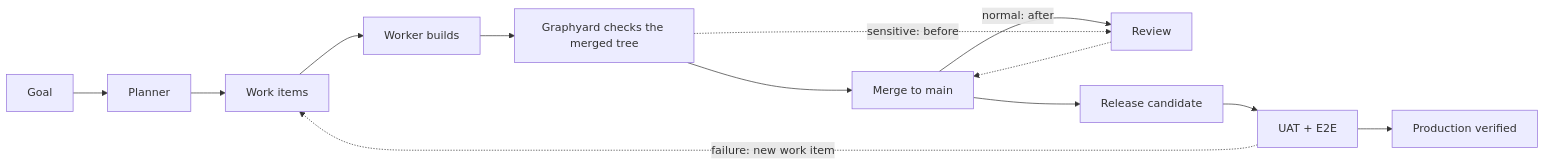
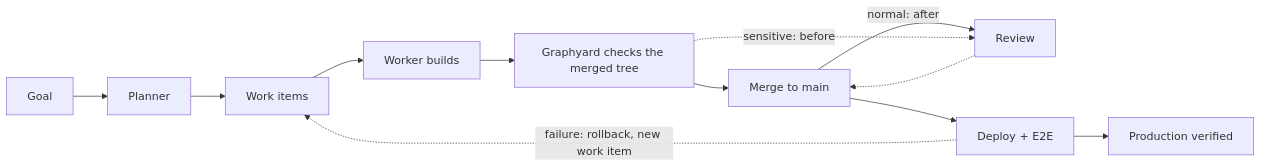
The diagram in README.md (cryptob1/graphyard), drawn with Mermaid before and after one commit. The commit also changed other lines of this file and 145 other files, not shown here.

````diff
--- a/README.md
+++ b/README.md
@@ -32,8 +32,8 @@
 ```mermaid
 flowchart LR
   A[Goal] --> B[Planner] --> C[Work items] --> D[Worker builds] --> E[Graphyard checks the merged tree]
   E --> F[Merge to main] -->|normal: after| G[Review]
   E -.->|sensitive: before| G -.-> F
-  F --> H[Release candidate] --> I[UAT + E2E] --> J[Production verified]
-  I -.->|failure: new work item| C
+  F --> H[Deploy + E2E] --> J[Production verified]
+  H -.->|failure: rollback, new work item| C
 ```
````
